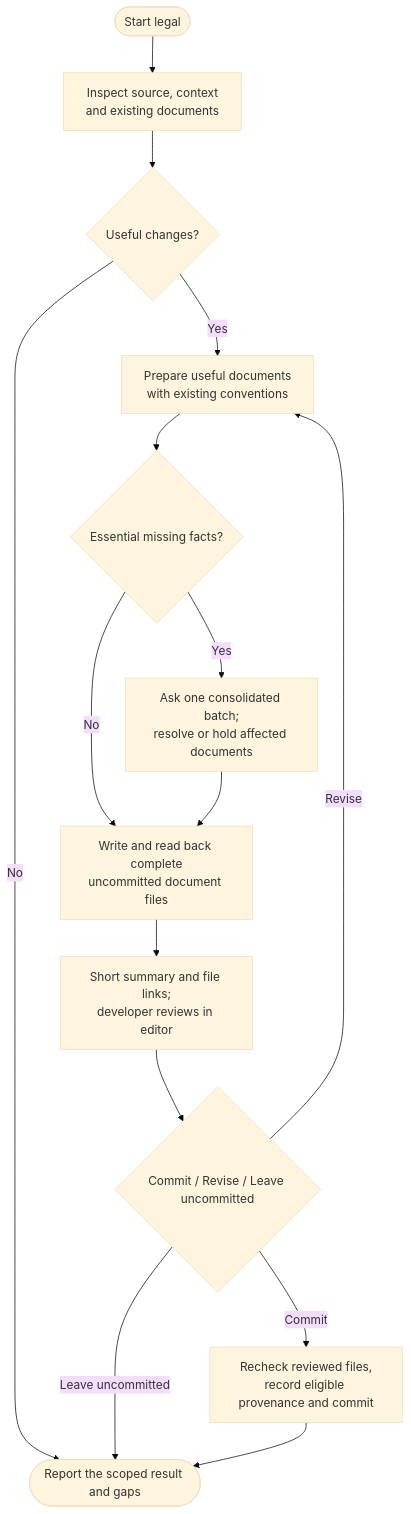
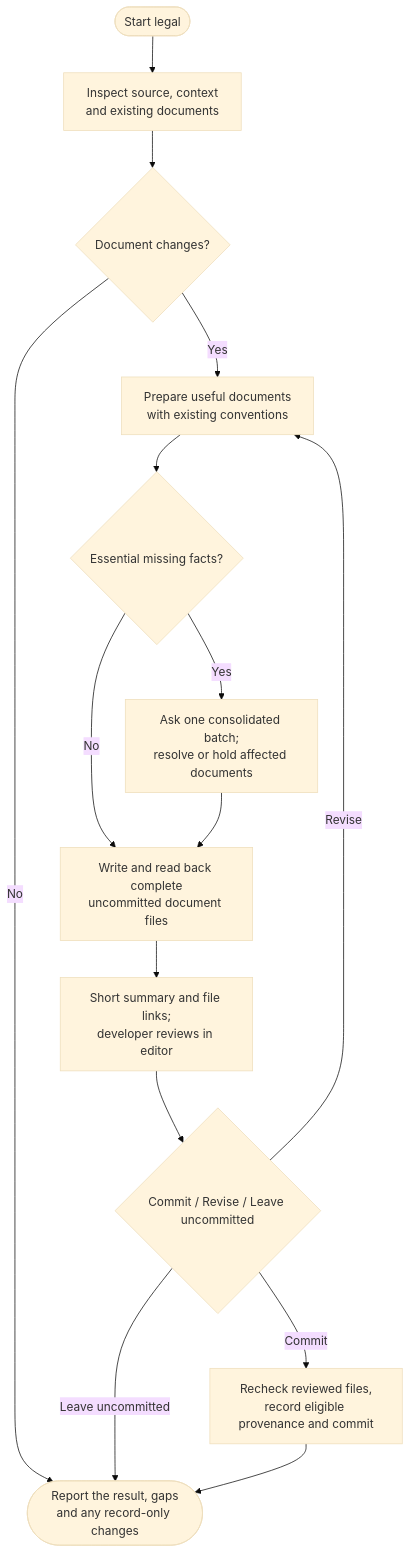
The diagram in docs/commands/legal.md (myowinthein/agent-helm), drawn with Mermaid (base theme) before and after one commit. The commit also changed other lines of this file and 3 other files, not shown here.

````diff
--- a/docs/commands/legal.md
+++ b/docs/commands/legal.md
@@ -23,17 +23,17 @@
 ```mermaid
 flowchart TD
   Start(["Start legal"]) --> Inspect["Inspect source, context<br/>and existing documents"]
-  Inspect --> Needed{"Useful changes?"}
-  Needed -->|No| End(["Report the scoped result and gaps"])
+  Inspect --> Needed{"Document changes?"}
+  Needed -->|No| End(["Report the result, gaps<br/>and any record-only changes"])
   Needed -->|Yes| Draft["Prepare useful documents<br/>with existing conventions"]
   Draft --> Facts{"Essential missing facts?"}
   Facts -->|Yes| Ask["Ask one consolidated batch;<br/>resolve or hold affected documents"]
   Facts -->|No| Files["Write and read back complete<br/>uncommitted document files"]
   Ask --> Files
   Files --> Review["Short summary and file links;<br/>developer reviews in editor"]
   Review --> Approval{"Commit / Revise / Leave uncommitted"}
   Approval -->|Revise| Draft
   Approval -->|Leave uncommitted| End
   Approval -->|Commit| Save["Recheck reviewed files,<br/>record eligible provenance and commit"]
   Save --> End
 ```
````
